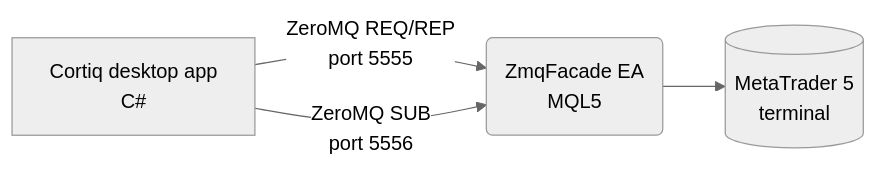
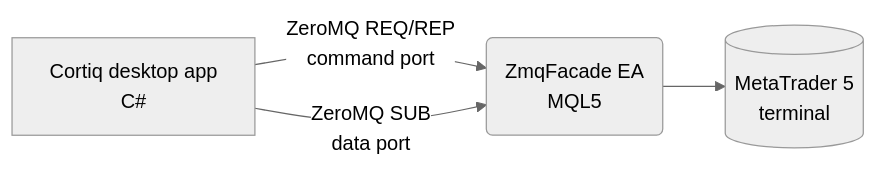
Before and after one commit to simeon-vanov/cortiq-public: the diagram in src/content/docs/mt5-integration.md, drawn with Mermaid (neutral theme). The commit also changed other lines of this file and 65 other files, not shown here.

````diff
--- a/src/content/docs/mt5-integration.md
+++ b/src/content/docs/mt5-integration.md
@@ -24,6 +24,6 @@
 ```mermaid
 flowchart LR
-  C[Cortiq desktop app<br/>C#] -- ZeroMQ REQ/REP<br/>port 5555 --> Z(ZmqFacade EA<br/>MQL5)
-  C -- ZeroMQ SUB<br/>port 5556 --> Z
+  C[Cortiq desktop app<br/>C#] -- ZeroMQ REQ/REP<br/>command port --> Z(ZmqFacade EA<br/>MQL5)
+  C -- ZeroMQ SUB<br/>data port --> Z
   Z --> M[(MetaTrader 5<br/>terminal)]
 ```
````
